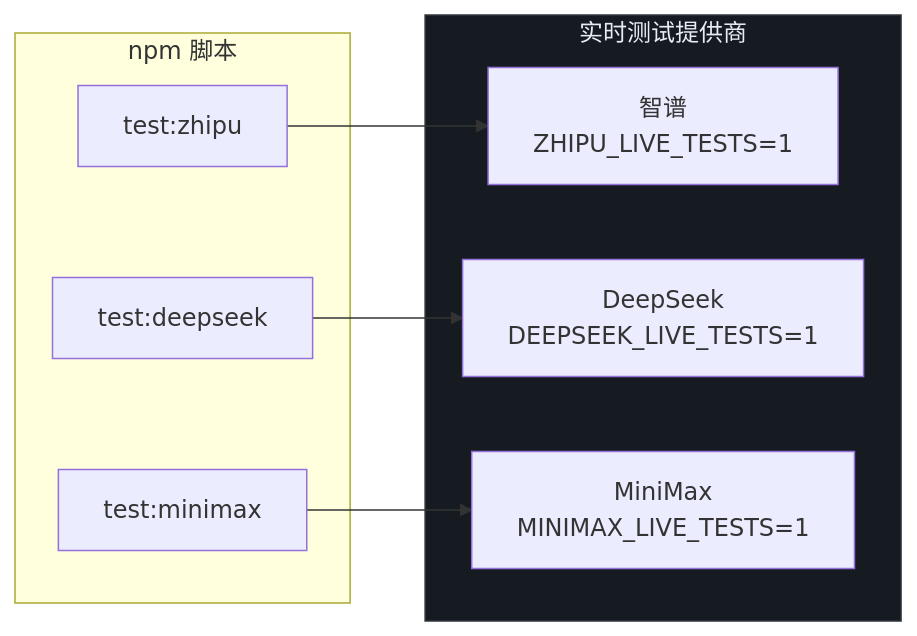
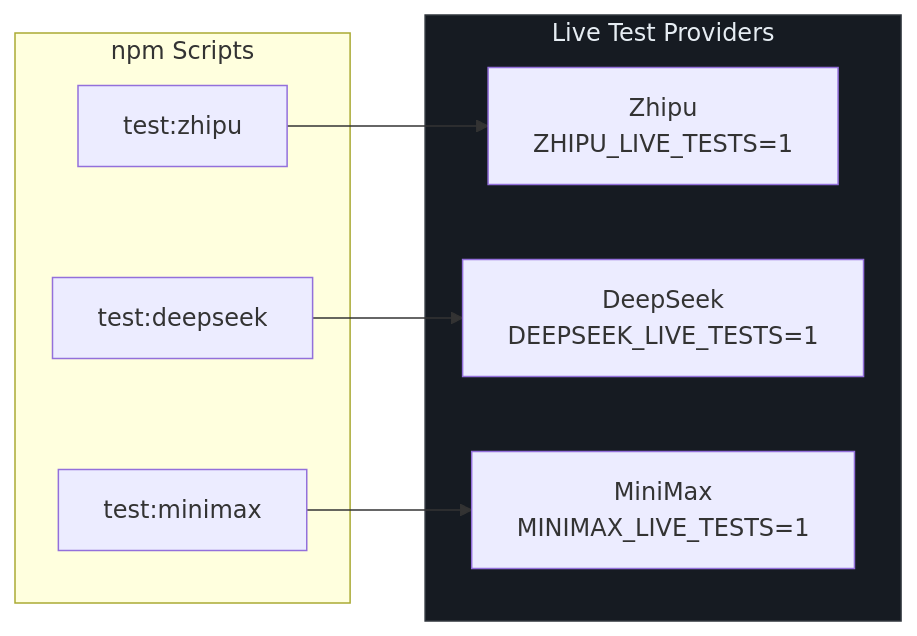
The fourth of 5 diagrams in wiki/zh/08-testing/testing.md (Ahoo-Wang/GodeX), drawn with Mermaid before and after one commit. The commit also changed other lines of this file and 36 other files, not shown here.

````diff
--- a/wiki/zh/08-testing/testing.md
+++ b/wiki/zh/08-testing/testing.md
@@ -161,19 +161,19 @@
 ```mermaid
 flowchart LR
-    subgraph Providers ["实时测试提供商"]
+    subgraph Providers ["Live Test Providers"]
         style Providers fill:#161b22,stroke:#30363d,color:#e6edf3
-        Z["智谱<br>ZHIPU_LIVE_TESTS=1"]
+        Z["Zhipu<br>ZHIPU_LIVE_TESTS=1"]
         D["DeepSeek<br>DEEPSEEK_LIVE_TESTS=1"]
         M["MiniMax<br>MINIMAX_LIVE_TESTS=1"]
     end
 
-    subgraph Scripts ["npm 脚本"]
+    subgraph Scripts ["npm Scripts"]
         S1["test:zhipu"]
         S2["test:deepseek"]
         S3["test:minimax"]
     end
 
     S1 --> Z
     S2 --> D
     S3 --> M
 ```
````
